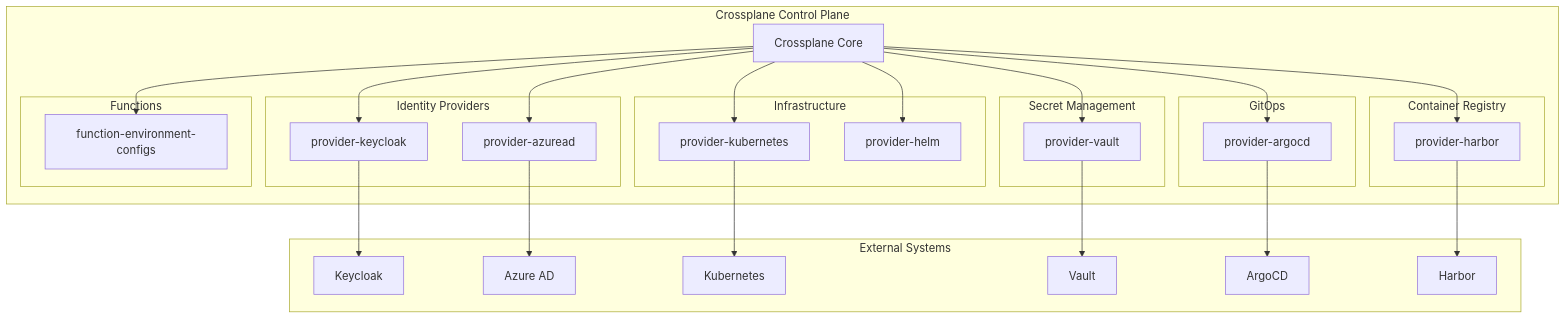
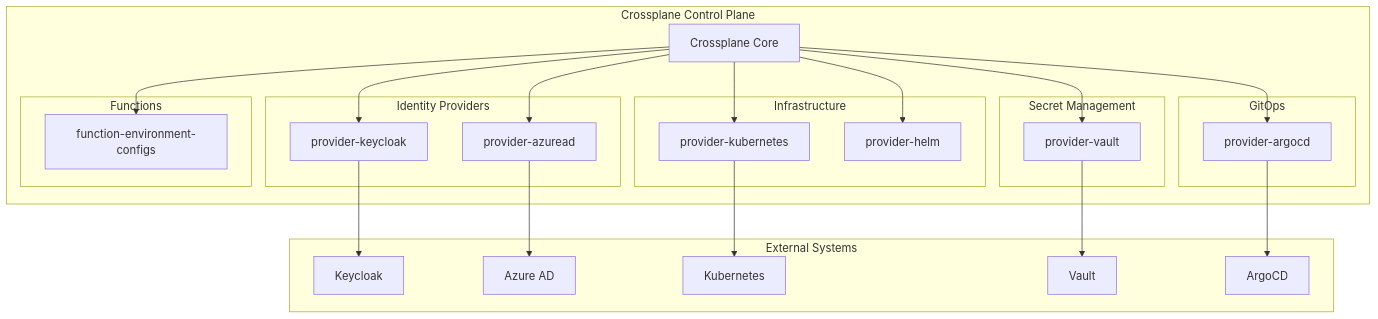
One commit to ProficientnowTech/pn-platform changed the diagram in platform/stacks/security/charts/crossplane/README.md. Above: the diagram before and after it, drawn with Mermaid. The commit also changed other lines of this file and 5 other files, not shown here.

Commit message:
Revert "feat(crossplane): add Harbor provider + pnats project and CI robot account"

````diff
--- a/platform/stacks/security/charts/crossplane/README.md
+++ b/platform/stacks/security/charts/crossplane/README.md
@@ -80,57 +71,50 @@
 ```mermaid
 graph TB
     subgraph "Crossplane Control Plane"
         CP[Crossplane Core]
 
         subgraph "Identity Providers"
             PKC[provider-keycloak]
             PAD[provider-azuread]
         end
 
         subgraph "Infrastructure"
             PK8[provider-kubernetes]
             PHM[provider-helm]
         end
 
         subgraph "Secret Management"
             PVT[provider-vault]
         end
 
         subgraph "GitOps"
             PAR[provider-argocd]
         end
 
-        subgraph "Container Registry"
-            PHB[provider-harbor]
-        end
-
         subgraph "Functions"
             FEC[function-environment-configs]
         end
 
         CP --> PKC
         CP --> PAD
         CP --> PK8
         CP --> PHM
         CP --> PVT
         CP --> PAR
-        CP --> PHB
         CP --> FEC
     end
 
     subgraph "External Systems"
         KC[Keycloak]
         AAD[Azure AD]
         K8S[Kubernetes]
         VT[Vault]
         ACD[ArgoCD]
-        HBR[Harbor]
     end
 
     PKC --> KC
     PAD --> AAD
     PK8 --> K8S
     PVT --> VT
     PAR --> ACD
-    PHB --> HBR
 ```
````
